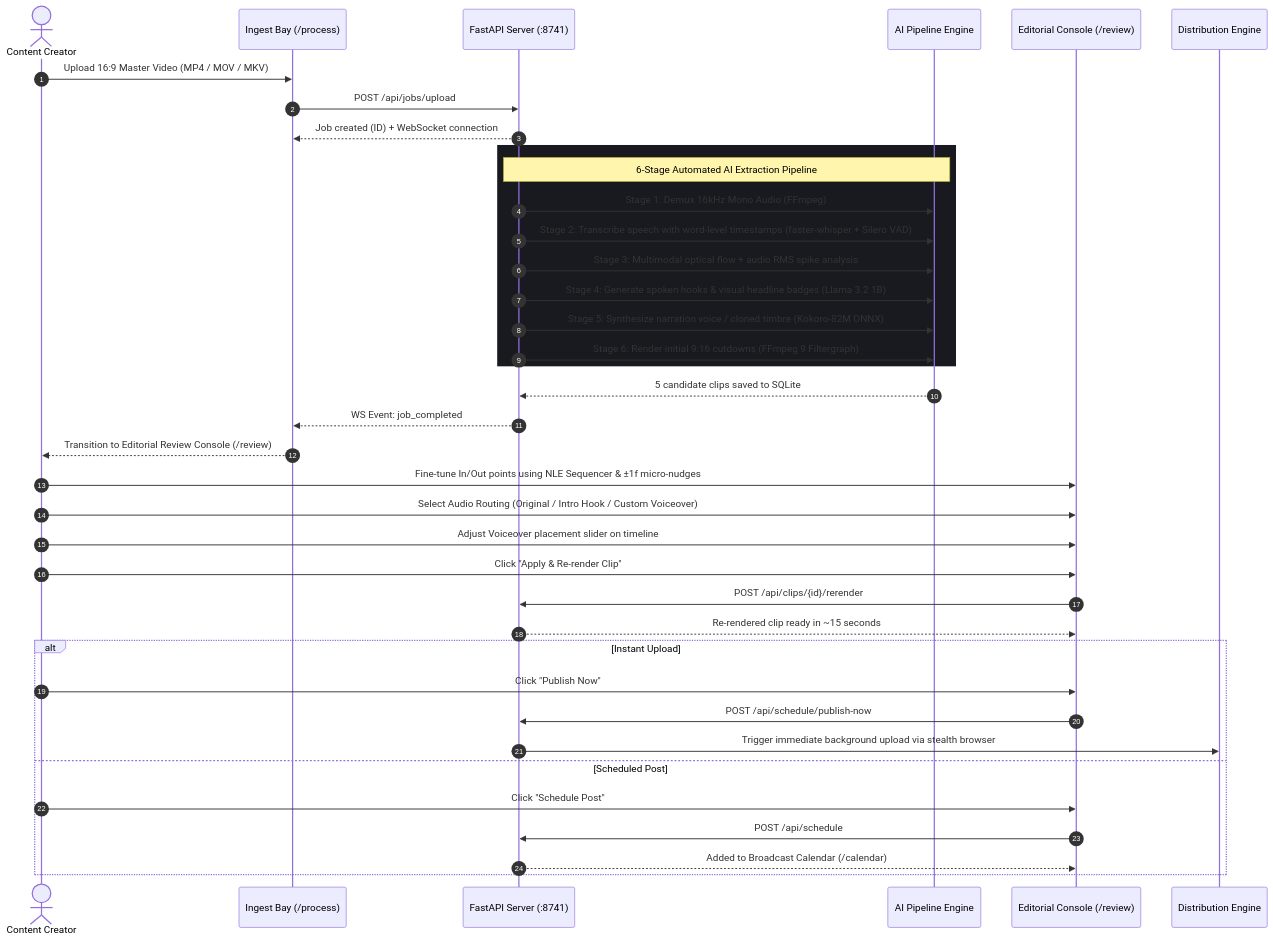
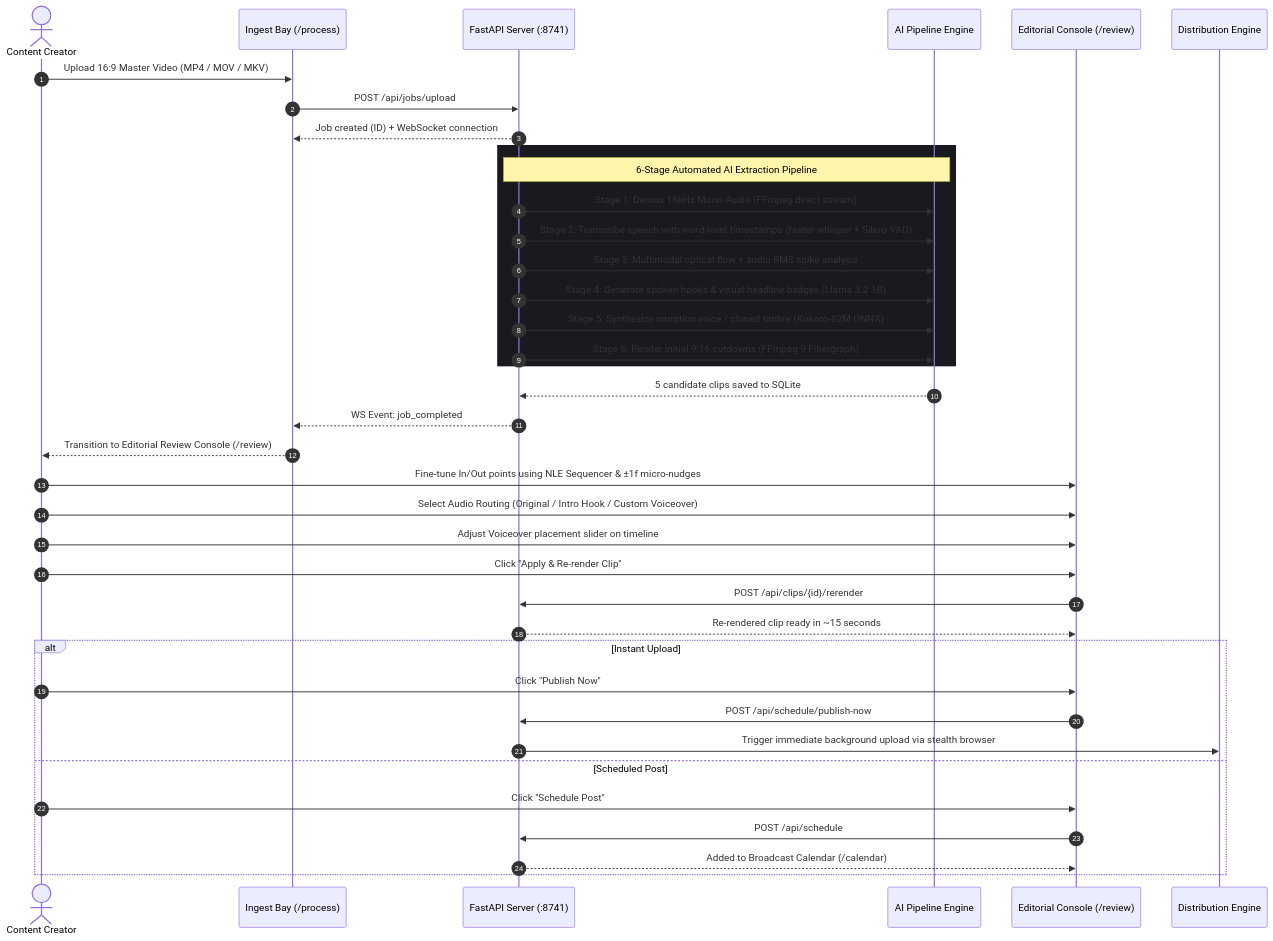
Before and after one commit to DivyamJoshi2005/Alfred: the fourth of 9 diagrams in README.md, drawn with Mermaid. The commit also changed other lines of this file and 1 other file, not shown here.

Commit message:
docs: beautify READMEs with high-fidelity Mermaid diagrams across architecture, pipeline, sequencer, framing, and database

````diff
--- a/README.md
+++ b/README.md
@@ -190,45 +240,45 @@
 ```mermaid
 sequenceDiagram
     autonumber
     actor Creator as Content Creator
     participant Ingest as Ingest Bay (/process)
     participant Server as FastAPI Server (:8741)
     participant Engine as AI Pipeline Engine
     participant Deck as Editorial Console (/review)
     participant Dist as Distribution Engine
 
     Creator->>Ingest: Upload 16:9 Master Video (MP4 / MOV / MKV)
     Ingest->>Server: POST /api/jobs/upload
     Server-->>Ingest: Job created (ID) + WebSocket connection
     
     rect rgb(24, 26, 32)
         note over Server,Engine: 6-Stage Automated AI Extraction Pipeline
-        Server->>Engine: Stage 1: Demux 16kHz Mono Audio (FFmpeg)
+        Server->>Engine: Stage 1: Demux 16kHz Mono Audio (FFmpeg direct stream)
         Server->>Engine: Stage 2: Transcribe speech with word-level timestamps (faster-whisper + Silero VAD)
         Server->>Engine: Stage 3: Multimodal optical flow + audio RMS spike analysis
         Server->>Engine: Stage 4: Generate spoken hooks & visual headline badges (Llama 3.2 1B)
         Server->>Engine: Stage 5: Synthesize narration voice / cloned timbre (Kokoro-82M ONNX)
         Server->>Engine: Stage 6: Render initial 9:16 cutdowns (FFmpeg 9 Filtergraph)
     end
 
     Engine-->>Server: 5 candidate clips saved to SQLite
     Server-->>Ingest: WS Event: job_completed
     Ingest-->>Creator: Transition to Editorial Review Console (/review)
 
     Creator->>Deck: Fine-tune In/Out points using NLE Sequencer & ±1f micro-nudges
     Creator->>Deck: Select Audio Routing (Original / Intro Hook / Custom Voiceover)
     Creator->>Deck: Adjust Voiceover placement slider on timeline
     Creator->>Deck: Click "Apply & Re-render Clip"
     Deck->>Server: POST /api/clips/{id}/rerender
     Server-->>Deck: Re-rendered clip ready in ~15 seconds
 
     alt Instant Upload
         Creator->>Deck: Click "Publish Now"
         Deck->>Server: POST /api/schedule/publish-now
         Server->>Dist: Trigger immediate background upload via stealth browser
     else Scheduled Post
         Creator->>Deck: Click "Schedule Post"
         Deck->>Server: POST /api/schedule
         Server-->>Deck: Added to Broadcast Calendar (/calendar)
     end
 ```
````
